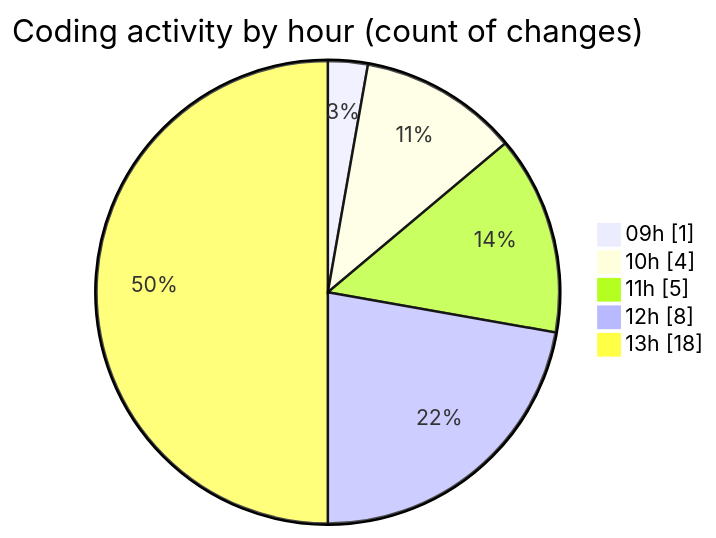
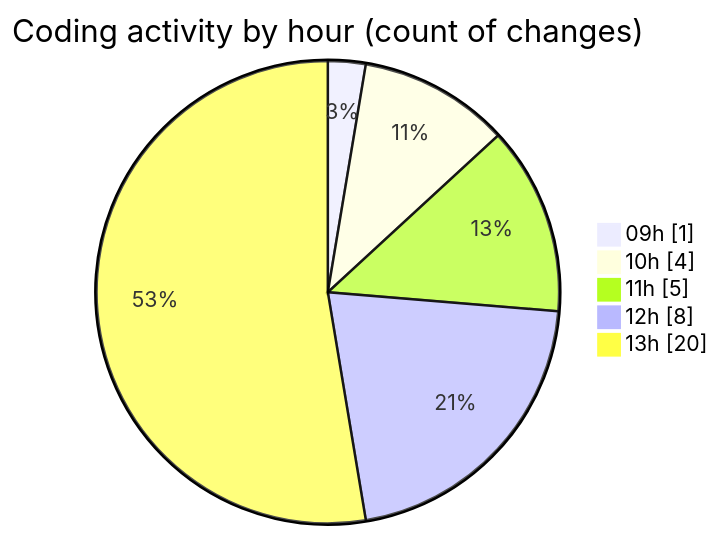
The second of 2 diagrams in 2025-02-24/cda/README.md (momahboobian/code-tracking), drawn with Mermaid before and after one commit. The commit also changed other lines of this file and 1 other file, not shown here.

````diff
--- a/2025-02-24/cda/README.md
+++ b/2025-02-24/cda/README.md
@@ -39,9 +41,9 @@
 ```mermaid
 pie showData
 title Coding activity by hour (count of changes)
 "09h" : 1
 "10h" : 4
 "11h" : 5
 "12h" : 8
-"13h" : 18
+"13h" : 20
 ```
````
